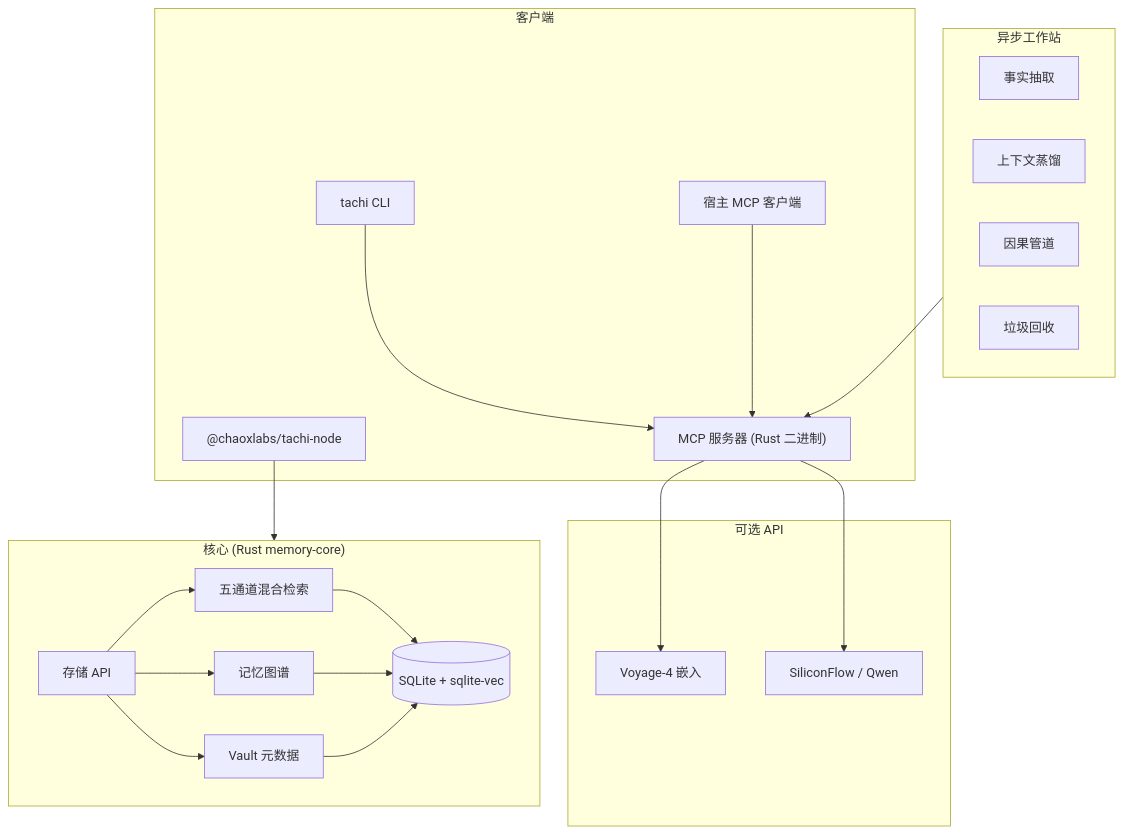
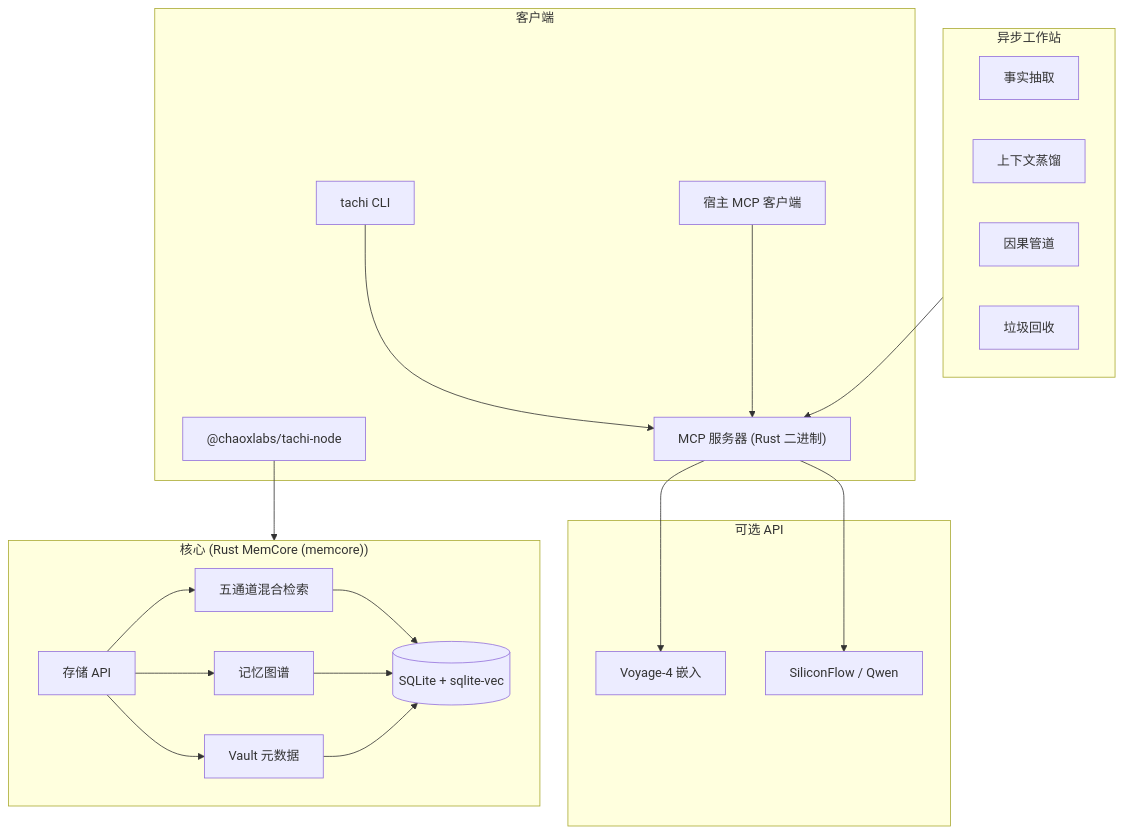
The diagram in README.zh-CN.md (kckylechen1/Tachi), drawn with Mermaid before and after one commit. The commit also changed other lines of this file and 1607 other files, not shown here.

First line of the commit message:
rename(#890): MemCore / Tachi crate branding unification [Grok]

````diff
--- a/README.zh-CN.md
+++ b/README.zh-CN.md
@@ -172,43 +172,43 @@
 ```mermaid
 graph TD
     subgraph Clients["客户端"]
         CLI["tachi CLI"]
         RMCP["MCP 服务器 (Rust 二进制)"]
         Node["@chaoxlabs/tachi-node"]
         Hosts["宿主 MCP 客户端"]
     end
 
     subgraph Cloud["可选 API"]
         VOYAGE["Voyage-4 嵌入"]
         SILICON["SiliconFlow / Qwen"]
     end
 
     subgraph Workers["异步工作站"]
         EXTRACT["事实抽取"]
         DISTILL["上下文蒸馏"]
         CAUSAL["因果管道"]
         GC["垃圾回收"]
     end
 
-    subgraph Core["核心 (Rust memory-core)"]
+    subgraph Core["核心 (Rust MemCore (memcore))"]
         API["存储 API"]
         SEARCH["五通道混合检索"]
         GRAPH["记忆图谱"]
         VAULT["Vault 元数据"]
         API --> SEARCH
         API --> GRAPH
         API --> VAULT
         SEARCH --> DB
         GRAPH --> DB
         VAULT --> DB
     end
 
     DB[(SQLite + sqlite-vec)]
 
     RMCP --> VOYAGE
     RMCP --> SILICON
     CLI --> RMCP
     Hosts --> RMCP
     Node --> Core
     Workers --> RMCP
 ```
````
